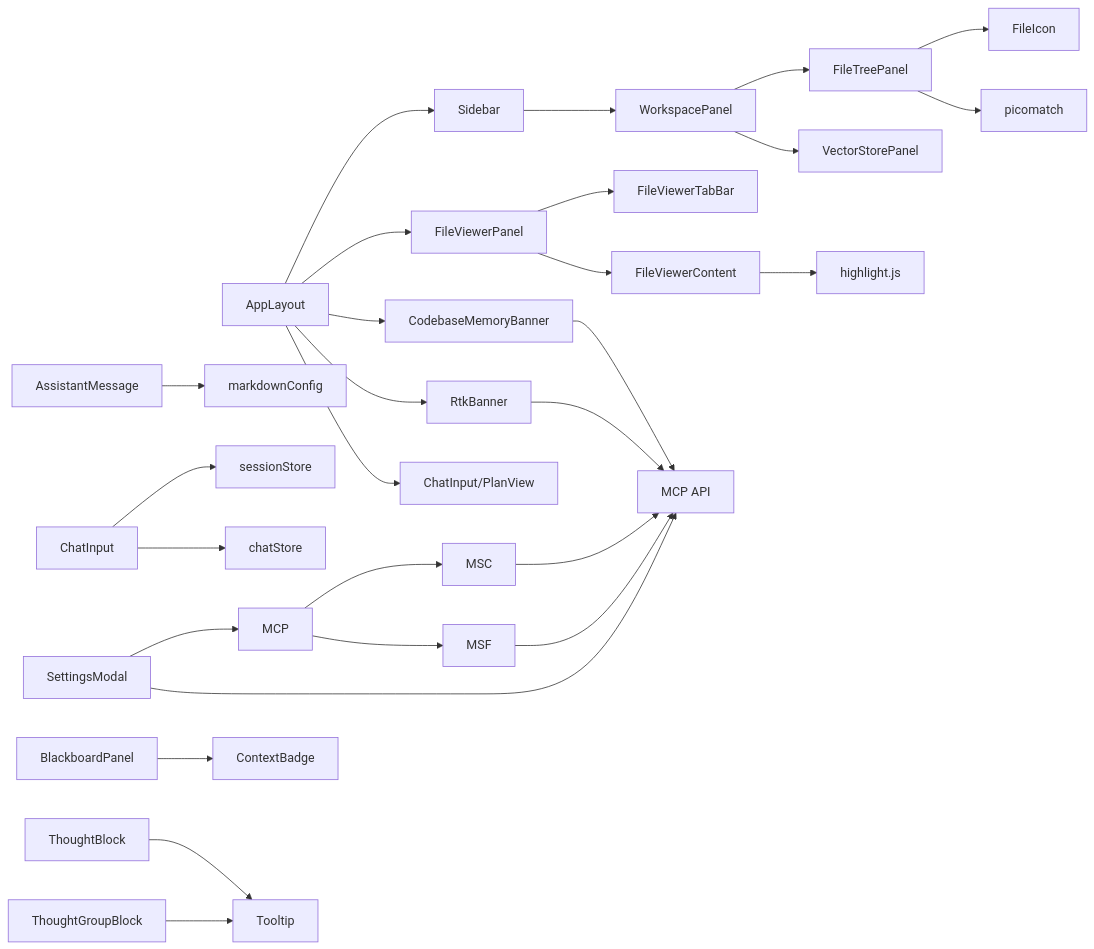
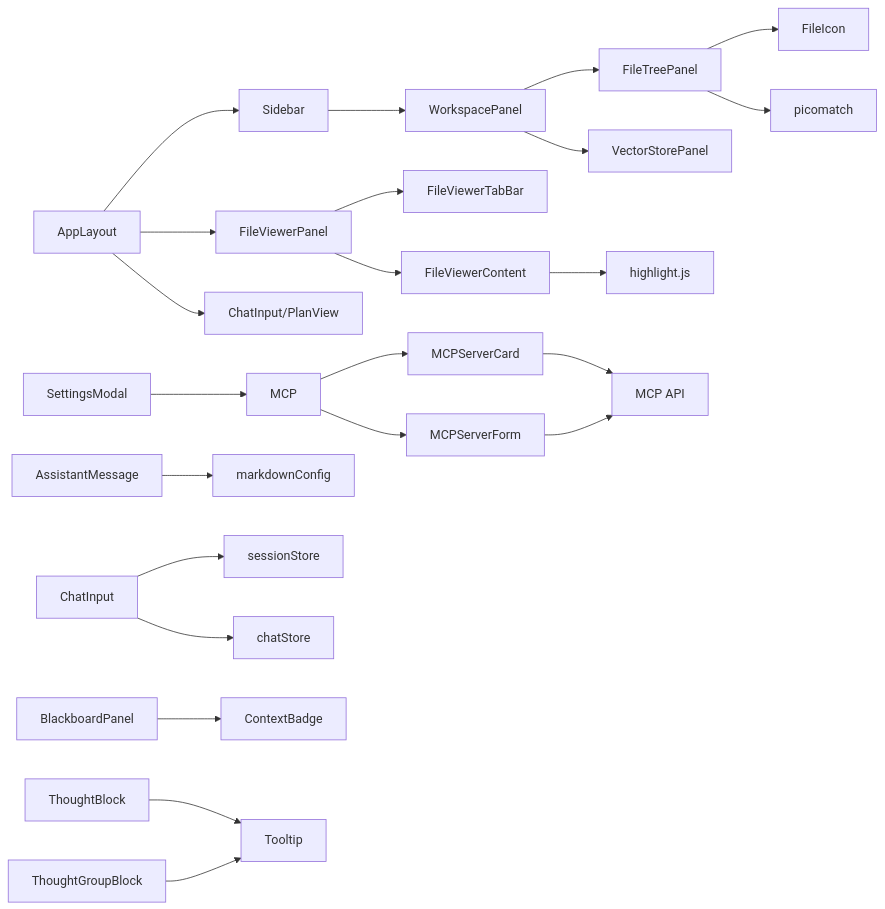
The sixth of 6 diagrams in .qoder/repowiki/en/content/Frontend Application/UI Components/UI Components.md (v0lka/c0wrk), drawn with Mermaid before and after one commit. The commit also changed other lines of this file and 5 other files, not shown here.

````diff
--- a/.qoder/repowiki/en/content/Frontend Application/UI Components/UI Components.md
+++ b/.qoder/repowiki/en/content/Frontend Application/UI Components/UI Components.md
@@ -895,30 +828,25 @@
 ```mermaid
 graph LR
 AL["AppLayout"] --> SB["Sidebar"]
 AL --> FVP["FileViewerPanel"]
-AL --> CMB["CodebaseMemoryBanner"]
-AL --> RTKB["RtkBanner"]
 AL --> CHAT["ChatInput/PlanView"]
 SB --> WP["WorkspacePanel"]
 WP --> FTP["FileTreePanel"]
 FVP --> FVTB["FileViewerTabBar"]
 FVP --> FVC["FileViewerContent"]
+SM["SettingsModal"] --> MCP
+MCP --> MSC["MCPServerCard"]
+MCP --> MSF["MCPServerForm"]
 WP --> VSP["VectorStorePanel"]
-SM["SettingsModal"] --> MCP
-SM --> MCF["MCP API"]
 FTP --> FI["FileIcon"]
 AM["AssistantMessage"] --> MC["markdownConfig"]
 CI["ChatInput"] --> SS["sessionStore"]
 CI --> CS["chatStore"]
 BB["BlackboardPanel"] --> CB["ContextBadge"]
 TB["ThoughtBlock"] --> TIP["Tooltip"]
 TGB["ThoughtGroupBlock"] --> TIP
 FVC --> HL["highlight.js"]
 FTP --> PM["picomatch"]
-CMB --> MCF
-RTKB --> MCF
-MSC --> MCF
+MSC --> MCF["MCP API"]
 MSF --> MCF
-MCP --> MSC
-MCP --> MSF
 ```
````
